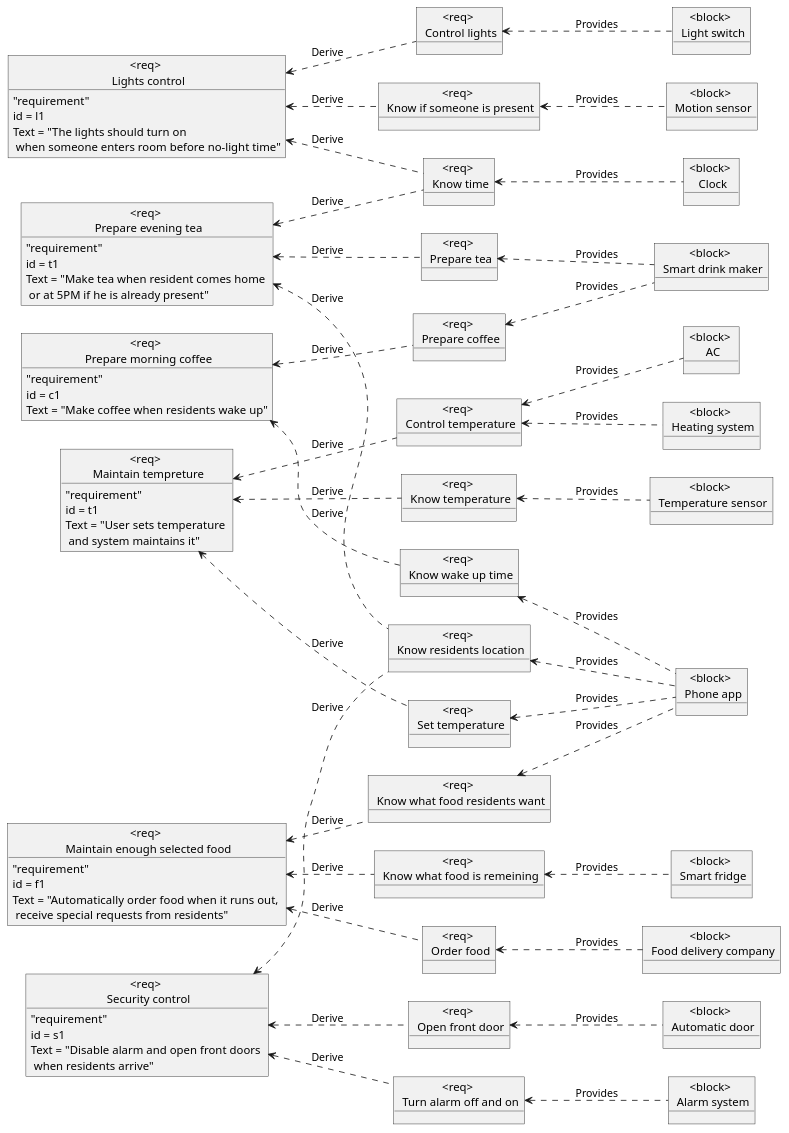
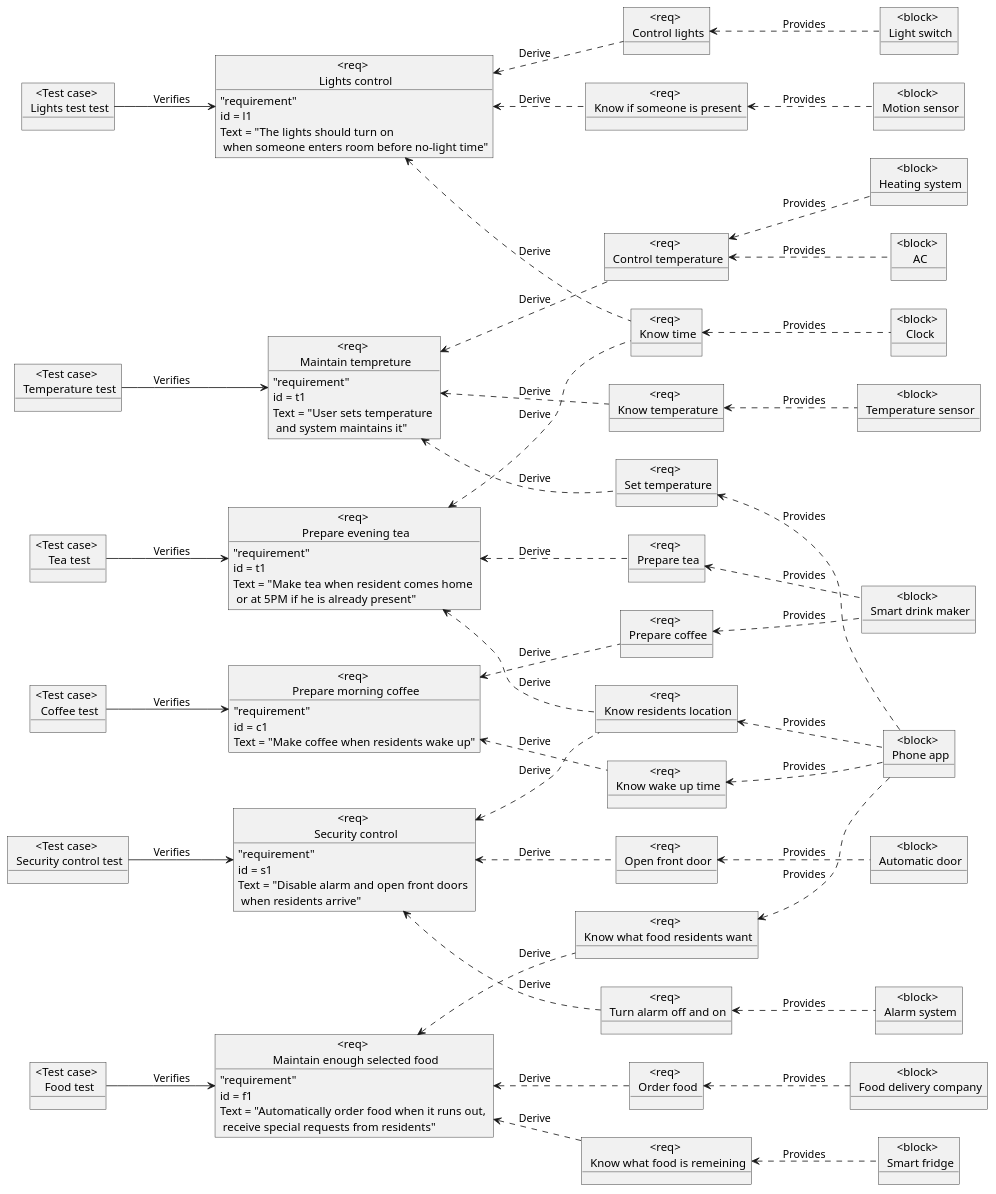
One commit to kiIIer/kpi-4 changed the diagram in system-engi/lab/lab-3-07.03.2023/req-diagram.puml. Above: the diagram before and after it, drawn with PlantUML.

Commit message:
added test cases for diagram

```diff
--- a/system-engi/lab/lab-3-07.03.2023/req-diagram.puml
+++ b/system-engi/lab/lab-3-07.03.2023/req-diagram.puml
@@ -1,130 +1,144 @@
 @startuml requirements
 left to right direction
 
 object "<req> \n Lights control" as light{
     "requirement"
     id = l1
     Text = "The lights should turn on \n when someone enters room before no-light time"
 }
 
 object "<req> \n Know if someone is present" as lir1
 object "<block> \n Motion sensor" as motionS
 
 light <.. lir1 : Derive
 lir1 <.. motionS : Provides
 
 object "<req> \n Know time" as lir2
 object "<block> \n Clock" as clock
 
 light <.. lir2 : Derive
 lir2 <.. clock : Provides
 
 object "<req> \n Control lights" as lir3
 object "<block> \n Light switch" as LSwitch
 
 light <.. lir3 : Derive
 lir3 <.. LSwitch : Provides
 
 object "<req> \n Maintain tempreture" as temperature {
     "requirement"
     id = t1
     Text = "User sets temperature \n and system maintains it"
 }
 
 object "<req> \n Know temperature" as temr1
 object "<block> \n Temperature sensor" as TSensor
 
 temperature <.. temr1 : Derive
 temr1 <.. TSensor : Provides
 
 object "<req> \n Control temperature" as temr2
 object "<block> \n AC" as ac
 object "<block> \n Heating system" as heating
 
 temperature <.. temr2 : Derive
 temr2 <.. ac : Provides
 temr2 <.. heating : Provides
 
 object "<req> \n Set temperature" as temr3
 object "<block> \n Phone app" as phone
 
 temperature <.. temr3 : Derive
 temr3 <.. phone : Provides
 
 object "<req> \n Security control" as security{
     "requirement"
     id = s1
     Text = "Disable alarm and open front doors \n when residents arrive"
 }
 
 object "<req> \n Know residents location" as secr1
 
 security <.. secr1 : Derive
 secr1 <.. phone : Provides
 
 object "<req> \n Open front door" as secr2
 object "<block> \n Automatic door" as door
 
 security <.. secr2 : Derive
 secr2 <.. door : Provides
 
 object "<req> \n Turn alarm off and on" as secr3
 object "<block> \n Alarm system" as alarm
 
 security <.. secr3 : Derive
 secr3 <.. alarm : Provides
 
 object "<req> \n Prepare morning coffee" as coffee {
     "requirement"
     id = c1
     Text = "Make coffee when residents wake up"
 }
 
 object "<req> \n Prepare coffee" as cr1
 object "<block> \n Smart drink maker" as drinker
 
 coffee <.. cr1 : Derive
 cr1 <.. drinker : Provides
 
 object "<req> \n Know wake up time" as cr2
 
 coffee <.. cr2 : Derive
 cr2 <.. phone : Provides
 
 object "<req> \n Prepare evening tea" as tea {
     "requirement"
     id = t1
     Text = "Make tea when resident comes home \n or at 5PM if he is already present"
 }
 
-object "<req> \n Prepare tea" as tr1 
+object "<req> \n Prepare tea" as tr1
 
 tea <.. tr1 : Derive
 tr1 <.. drinker : Provides
 
 tea <.. secr1 : Derive
 tea <.. lir2 : Derive
 
 object "<req> \n Maintain enough selected food" as food {
     "requirement"
     id = f1
     Text = "Automatically order food when it runs out, \n receive special requests from residents"
 }
 
-object "<req> \n Know what food is remeining" as fr1 
+object "<req> \n Know what food is remeining" as fr1
 object "<block> \n Smart fridge" as fridge
 
 food <.. fr1 : Derive
 fr1 <.. fridge : Provides
 
-object "<req> \n Know what food residents want" as fr2 
+object "<req> \n Know what food residents want" as fr2
 
 food <.. fr2 : Derive
 fr2 <.. phone : Provides
 
 object "<req> \n Order food" as fr3
 object "<block> \n Food delivery company" as foodD
 
 food <.. fr3 : Derive
 fr3 <.. foodD : Provides
+
+object "<Test case> \n Security control test" as t1
+object "<Test case> \n Food test" as t2
+object "<Test case> \n Coffee test" as t3
+object "<Test case> \n Tea test" as t4
+object "<Test case> \n Temperature test" as t5
+object "<Test case> \n Lights test test" as t6
+
+t6 -->  light: Verifies
+t5 -->  temperature: Verifies
+t4 -->  tea: Verifies
+t3 -->  coffee: Verifies
+t2 -->  food: Verifies
+t1 -->  security: Verifies
 @enduml
```
